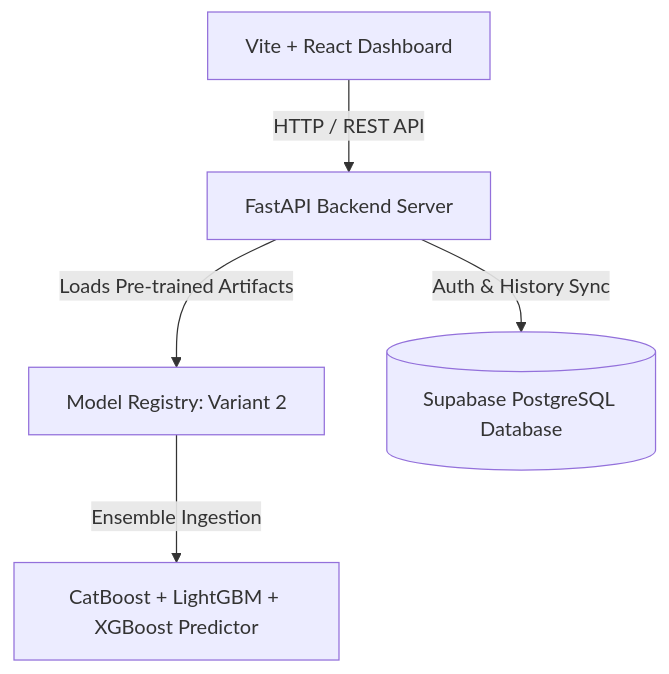
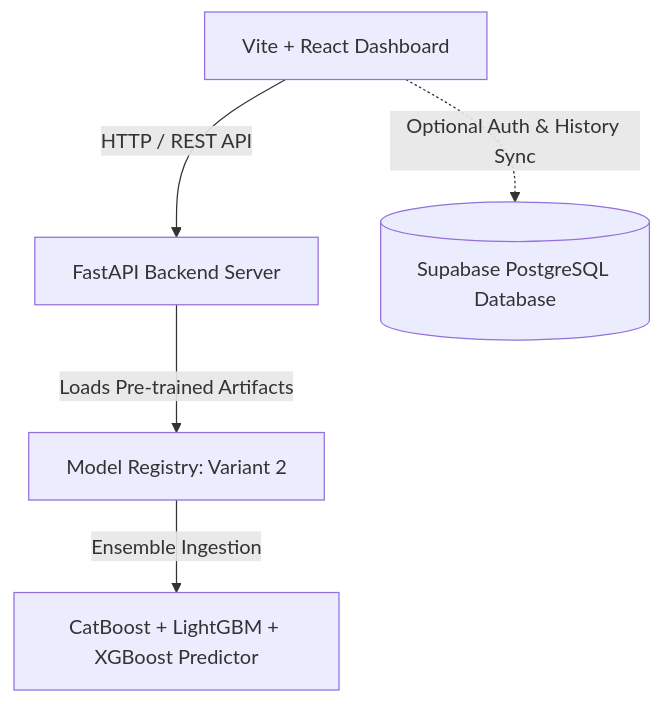
One commit to Hars03082005/Autopricer changed the diagram in README.md. Above: the diagram before and after it, drawn with Mermaid. The commit also changed other lines of this file, not shown here.

Commit message:
Add Supabase SQL setup and env config details to README

````diff
--- a/README.md
+++ b/README.md
@@ -32,7 +32,7 @@
 ```mermaid
 graph TD
     UI[Vite + React Dashboard] -->|HTTP / REST API| FastAPI[FastAPI Backend Server]
     FastAPI -->|Loads Pre-trained Artifacts| Registry[Model Registry: Variant 2]
     Registry -->|Ensemble Ingestion| Predictor[CatBoost + LightGBM + XGBoost Predictor]
-    FastAPI -->|Auth & History Sync| Supabase[(Supabase PostgreSQL Database)]
+    UI -.->|Optional Auth & History Sync| Supabase[(Supabase PostgreSQL Database)]
 ```
````
